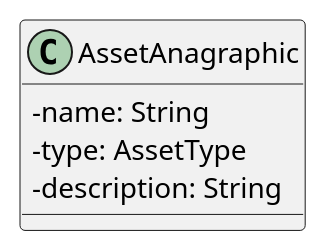
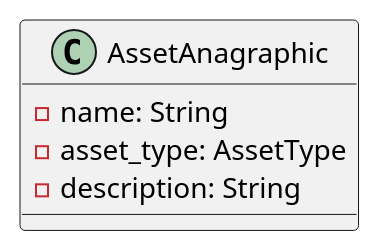
The diagram in src/PB/DocumentazioneEsterna/Specifica_Tecnica/content/uml/puml/Diagrammi_classi/Backend/Domain/AssetAnagraphic.puml (GroupRubberDuck/Documentazione), drawn with PlantUML before and after one commit. The commit also changed 24 other files, not shown here.

```diff
--- a/src/PB/DocumentazioneEsterna/Specifica_Tecnica/content/uml/puml/Diagrammi_classi/Backend/Domain/AssetAnagraphic.puml
+++ b/src/PB/DocumentazioneEsterna/Specifica_Tecnica/content/uml/puml/Diagrammi_classi/Backend/Domain/AssetAnagraphic.puml
@@ -1,14 +1,9 @@
 @startuml AssetAnagraphic
-skinparam linetype ortho
-skinparam classAttributeIconSize 0
 
 class AssetAnagraphic {
-
     - name: String
-    - type: AssetType
+    - asset_type: AssetType
     - description: String
 }
 
-
-
 @enduml
```
